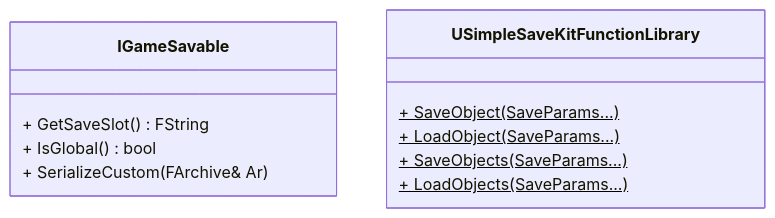
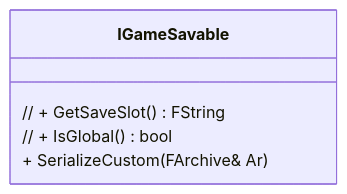
The second of 6 diagrams in _posts/UnrealProject/2025-06-28-SaveGame.md (antae714/antae714.github.io), drawn with Mermaid before and after one commit. The commit also changed other lines of this file and 4 other files, not shown here.

````diff
--- a/_posts/UnrealProject/2025-06-28-SaveGame.md
+++ b/_posts/UnrealProject/2025-06-28-SaveGame.md
@@ -109,17 +120,11 @@
 ``` mermaid
 
 classDiagram
 
     class IGameSavable{
-		+ GetSaveSlot() FString
-		+ IsGlobal() bool
+		// + GetSaveSlot() FString
+		// + IsGlobal() bool
 		+ SerializeCustom(FArchive& Ar)
     }
 
-    class USimpleSaveKitFunctionLibrary{
-		+ SaveObject(SaveParams...)$
-		+ LoadObject(SaveParams...)$
-		+ SaveObjects(SaveParams...)$
-		+ LoadObjects(SaveParams...)$
-    }
 ```
````
